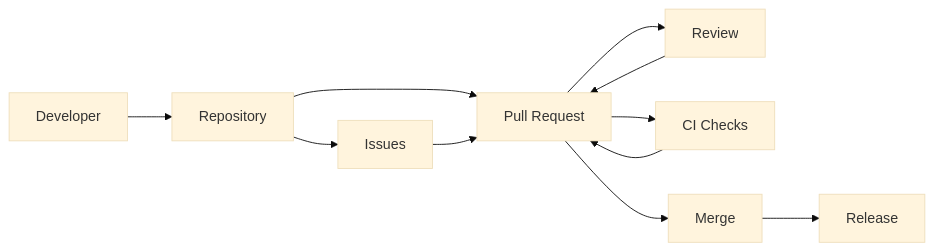
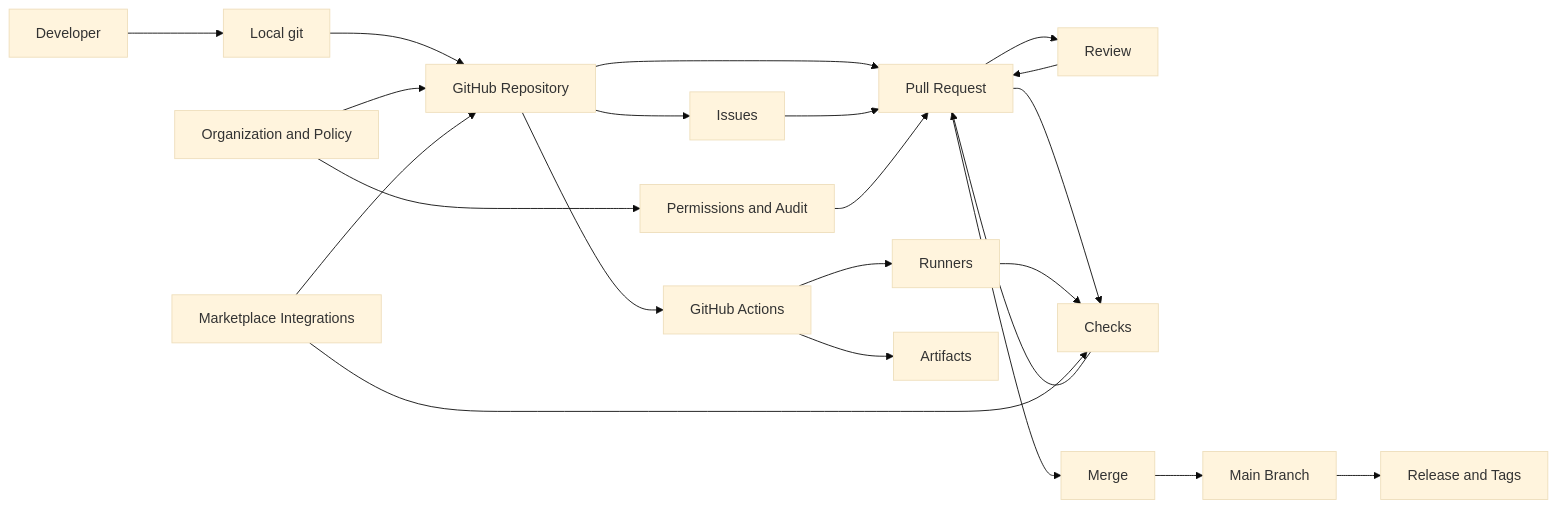
One commit to 004mayank/product-teardowns changed the diagram in github-teardown.md. Above: the diagram before and after it, drawn with Mermaid (base theme). The commit also changed other lines of this file, not shown here.

Commit message:
Update GitHub product teardown to v2

````diff
--- a/github-teardown.md
+++ b/github-teardown.md
@@ -246,13 +251,29 @@
 ```mermaid
 flowchart LR
-  dev["Developer"] --> repo["Repository"]
+  dev["Developer"] --> local["Local git"]
+  local --> repo["GitHub Repository"]
+
   repo --> pr["Pull Request"]
   pr --> review["Review"]
-  pr --> checks["CI Checks"]
+  pr --> checks["Checks"]
   checks --> pr
   review --> pr
   pr --> merge["Merge"]
-  merge --> release["Release"]
+  merge --> main["Main Branch"]
+  main --> release["Release and Tags"]
+
   repo --> issues["Issues"]
   issues --> pr
+
+  repo --> actions["GitHub Actions"]
+  actions --> runners["Runners"]
+  runners --> checks
+  actions --> artifacts["Artifacts"]
+
+  org["Organization and Policy"] --> repo
+  org --> perms["Permissions and Audit"]
+  perms --> pr
+
+  market["Marketplace Integrations"] --> checks
+  market --> repo
 ```
````
